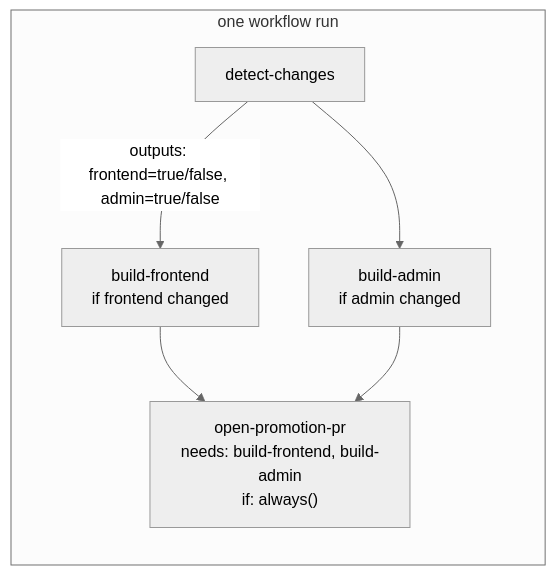
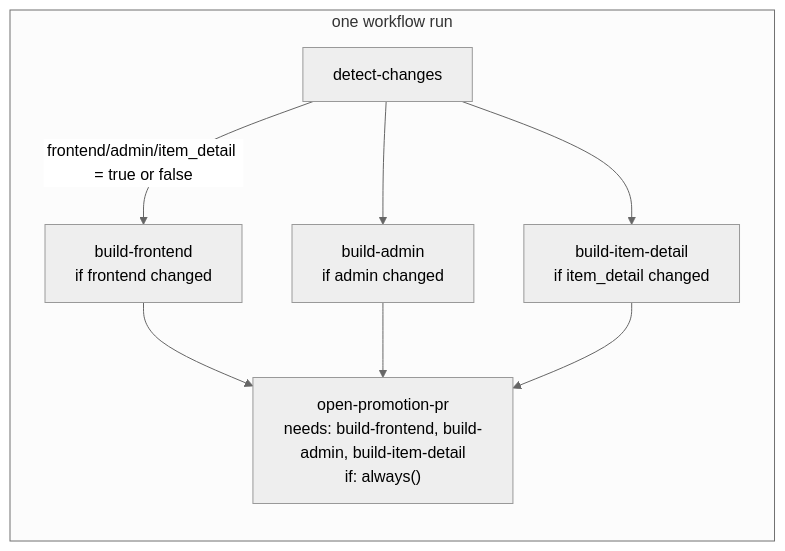
The second of 2 diagrams in docs/ci-cd.md (sajin-varghese1990/real-world-1), drawn with Mermaid (neutral theme) before and after one commit. The commit also changed other lines of this file and 21 other files, not shown here.

Commit message:
Add a new item detail child app

````diff
--- a/docs/ci-cd.md
+++ b/docs/ci-cd.md
@@ -69,9 +69,11 @@
 ```mermaid
 flowchart LR
     subgraph "one workflow run"
-    P[detect-changes] -->|outputs: frontend=true/false, admin=true/false| BF[build-frontend<br/>if frontend changed]
+    P[detect-changes] -->|frontend/admin/item_detail = true or false| BF[build-frontend<br/>if frontend changed]
     P --> BA[build-admin<br/>if admin changed]
-    BF --> PR["open-promotion-pr<br/>needs: build-frontend, build-admin<br/>if: always()"]
+    P --> BI[build-item-detail<br/>if item_detail changed]
+    BF --> PR["open-promotion-pr<br/>needs: build-frontend, build-admin, build-item-detail<br/>if: always()"]
     BA --> PR
+    BI --> PR
     end
 ```
````
